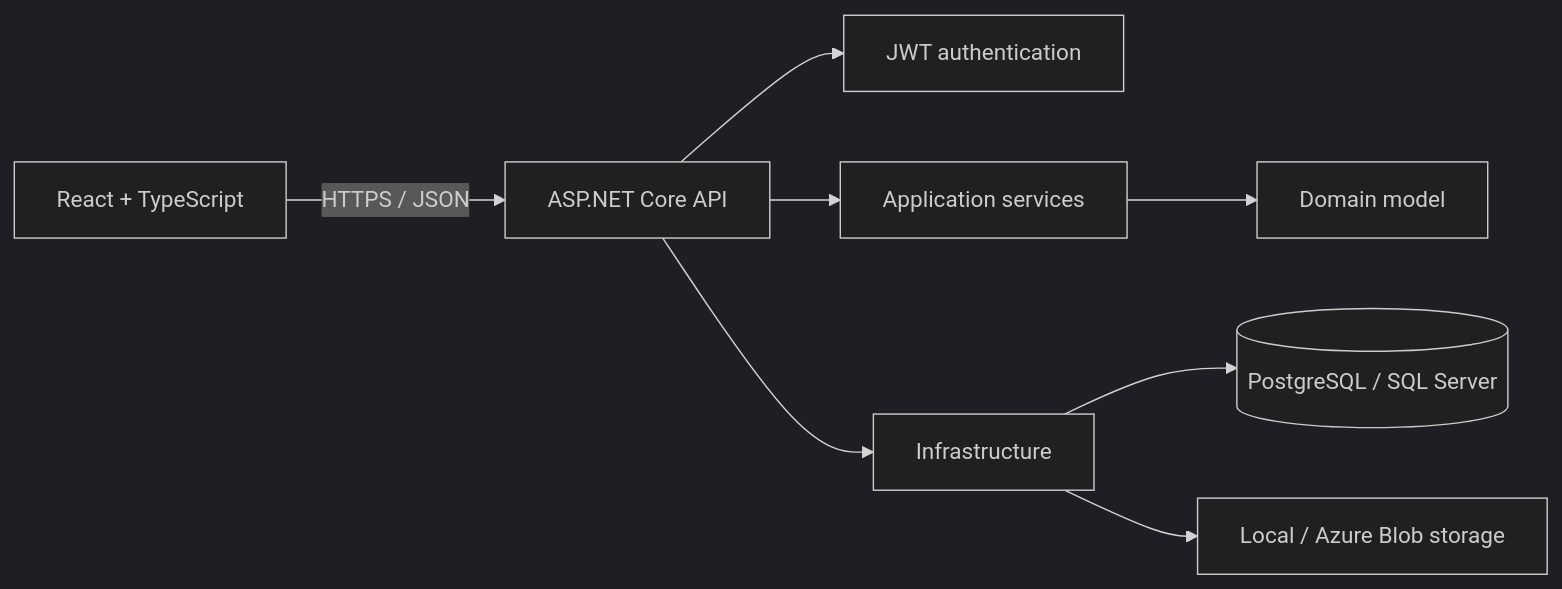
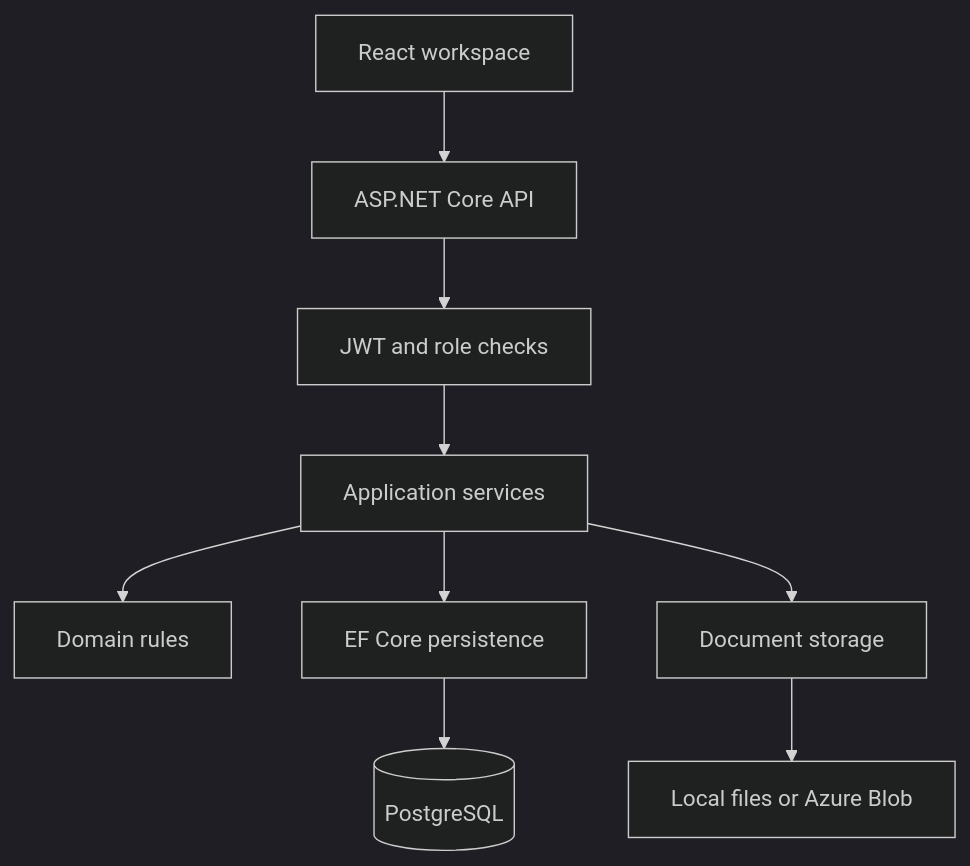
Before and after one commit to hajarmrifag/claims-management-api: the diagram in README.md, drawn with Mermaid (dark theme). The commit also changed other lines of this file and 1 other file, not shown here.

````diff
--- a/README.md
+++ b/README.md
@@ -86,10 +11,11 @@
 ```mermaid
-flowchart LR
-    Browser[React + TypeScript] -->|HTTPS / JSON| API[ASP.NET Core API]
-    API --> Auth[JWT authentication]
-    API --> App[Application services]
-    App --> Domain[Domain model]
-    API --> Infra[Infrastructure]
-    Infra --> DB[(PostgreSQL / SQL Server)]
-    Infra --> Files[Local / Azure Blob storage]
+flowchart TD
+    UI[React workspace] --> API[ASP.NET Core API]
+    API --> Gate[JWT and role checks]
+    Gate --> Service[Application services]
+    Service --> Rules[Domain rules]
+    Service --> Data[EF Core persistence]
+    Service --> Files[Document storage]
+    Data --> DB[(PostgreSQL)]
+    Files --> Store[Local files or Azure Blob]
 ```
````
